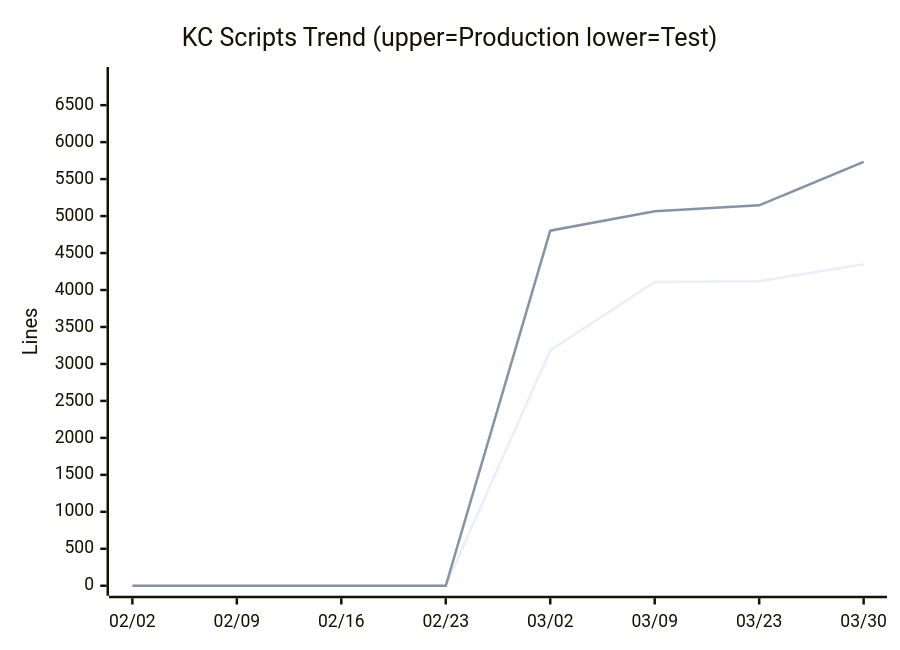
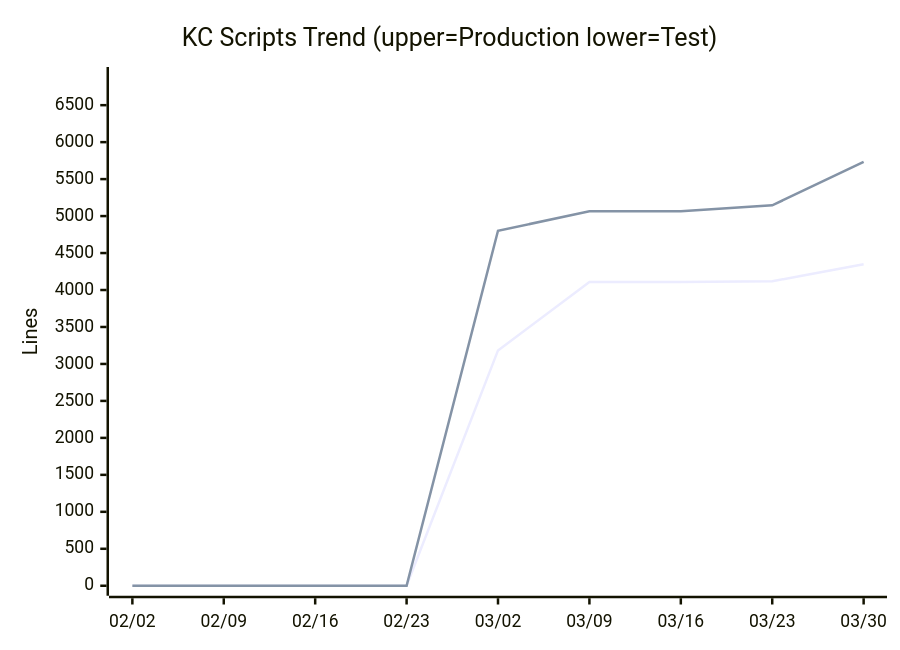
Before and after one commit to nablarch/nabledge-dev: diagram 11 of 14 in docs/metrics.md, drawn with Mermaid. The commit also changed other lines of this file, not shown here.

````diff
--- a/docs/metrics.md
+++ b/docs/metrics.md
@@ -142,8 +142,8 @@
 ```mermaid
 xychart-beta
   title "KC Scripts Trend (upper=Production  lower=Test)"
-  x-axis ["02/02", "02/09", "02/16", "02/23", "03/02", "03/09", "03/23", "03/30"]
+  x-axis ["02/02", "02/09", "02/16", "02/23", "03/02", "03/09", "03/16", "03/23", "03/30"]
   y-axis "Lines" 0 --> 6881
-  line [0, 0, 0, 0, 3183, 4109, 4119, 4347]
-  line [0, 0, 0, 0, 4802, 5064, 5145, 5734]
+  line [0, 0, 0, 0, 3183, 4109, 4109, 4119, 4347]
+  line [0, 0, 0, 0, 4802, 5064, 5064, 5145, 5734]
 ```
````
